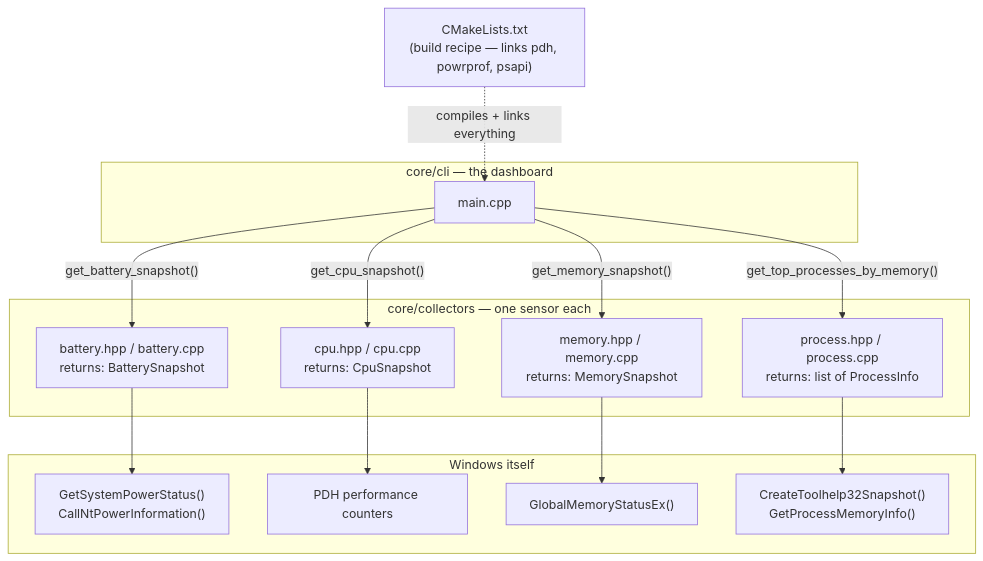
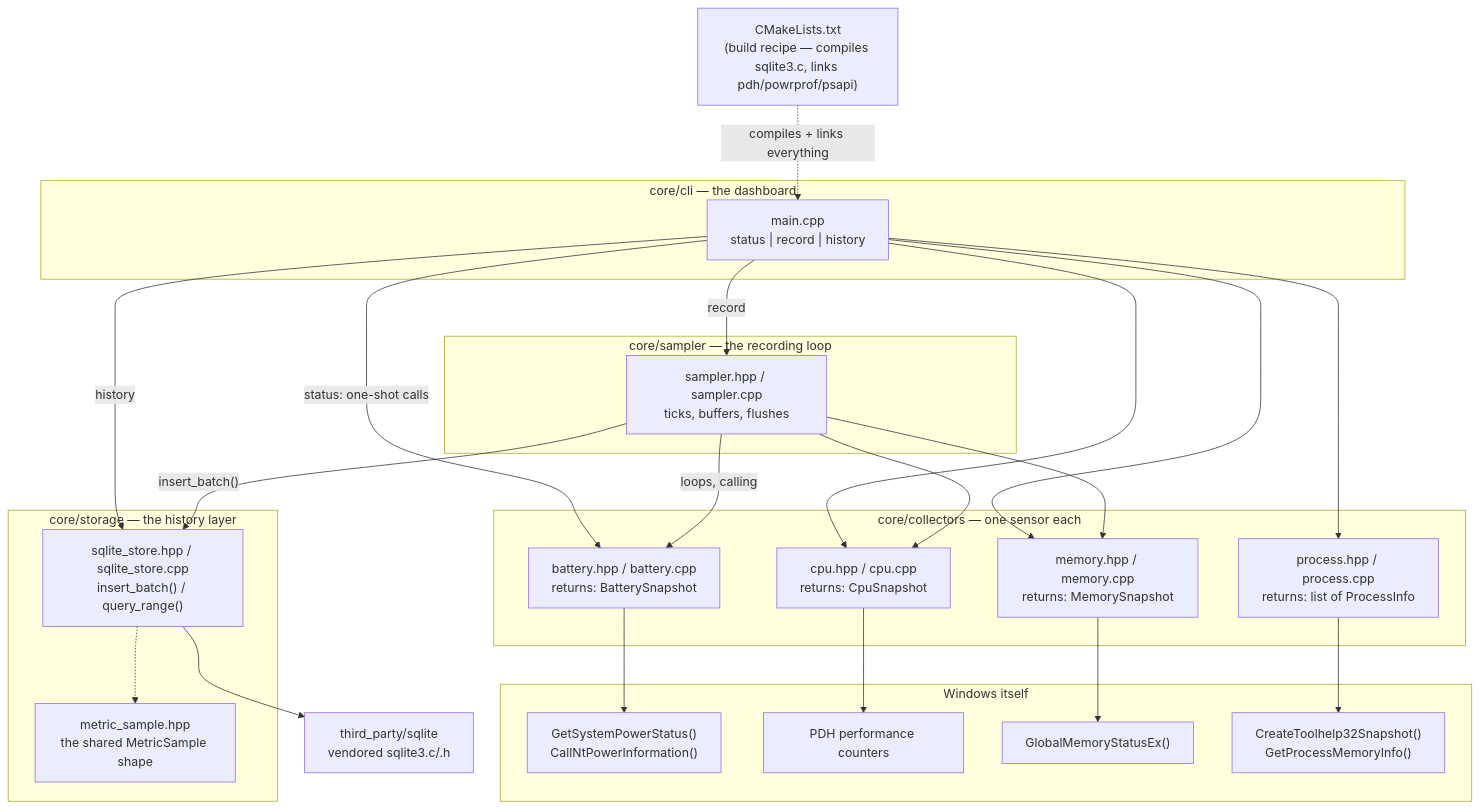
The diagram in README.md (HarshdeepJ/System-Intelligence), drawn with Mermaid before and after one commit. The commit also changed other lines of this file and 10 other files, not shown here.

First line of the commit message:
Add Phase 2: SQLite-backed history and a continuous sampling loop

````diff
--- a/README.md
+++ b/README.md
@@ -37,32 +53,54 @@
 ```mermaid
 flowchart TD
     subgraph CLI["core/cli — the dashboard"]
-        MAIN["main.cpp"]
+        MAIN["main.cpp<br/>status | record | history"]
     end
 
     subgraph COLLECTORS["core/collectors — one sensor each"]
         BAT["battery.hpp / battery.cpp<br/>returns: BatterySnapshot"]
         CPU["cpu.hpp / cpu.cpp<br/>returns: CpuSnapshot"]
         MEM["memory.hpp / memory.cpp<br/>returns: MemorySnapshot"]
         PROC["process.hpp / process.cpp<br/>returns: list of ProcessInfo"]
     end
 
     subgraph WINAPI["Windows itself"]
         W1["GetSystemPowerStatus()<br/>CallNtPowerInformation()"]
         W2["PDH performance counters"]
         W3["GlobalMemoryStatusEx()"]
         W4["CreateToolhelp32Snapshot()<br/>GetProcessMemoryInfo()"]
     end
 
-    MAIN -->|"get_battery_snapshot()"| BAT
-    MAIN -->|"get_cpu_snapshot()"| CPU
-    MAIN -->|"get_memory_snapshot()"| MEM
-    MAIN -->|"get_top_processes_by_memory()"| PROC
+    subgraph SAMPLER["core/sampler — the recording loop"]
+        SAMP["sampler.hpp / sampler.cpp<br/>ticks, buffers, flushes"]
+    end
+
+    subgraph STORAGE["core/storage — the history layer"]
+        SAMPLE["metric_sample.hpp<br/>the shared MetricSample shape"]
+        STORE["sqlite_store.hpp / sqlite_store.cpp<br/>insert_batch() / query_range()"]
+    end
+
+    SQLITE["third_party/sqlite<br/>vendored sqlite3.c/.h"]
+
+    MAIN -->|"status: one-shot calls"| BAT
+    MAIN --> CPU
+    MAIN --> MEM
+    MAIN --> PROC
+
+    MAIN -->|"record"| SAMP
+    MAIN -->|"history"| STORE
+
+    SAMP -->|"loops, calling"| BAT
+    SAMP --> CPU
+    SAMP --> MEM
+    SAMP -->|"insert_batch()"| STORE
 
     BAT --> W1
     CPU --> W2
     MEM --> W3
     PROC --> W4
 
-    BUILD["CMakeLists.txt<br/>(build recipe — links pdh, powrprof, psapi)"] -.->|compiles + links everything| MAIN
+    STORE --> SQLITE
+    STORE -.-> SAMPLE
+
+    BUILD["CMakeLists.txt<br/>(build recipe — compiles sqlite3.c, links pdh/powrprof/psapi)"] -.->|compiles + links everything| MAIN
 ```
````
